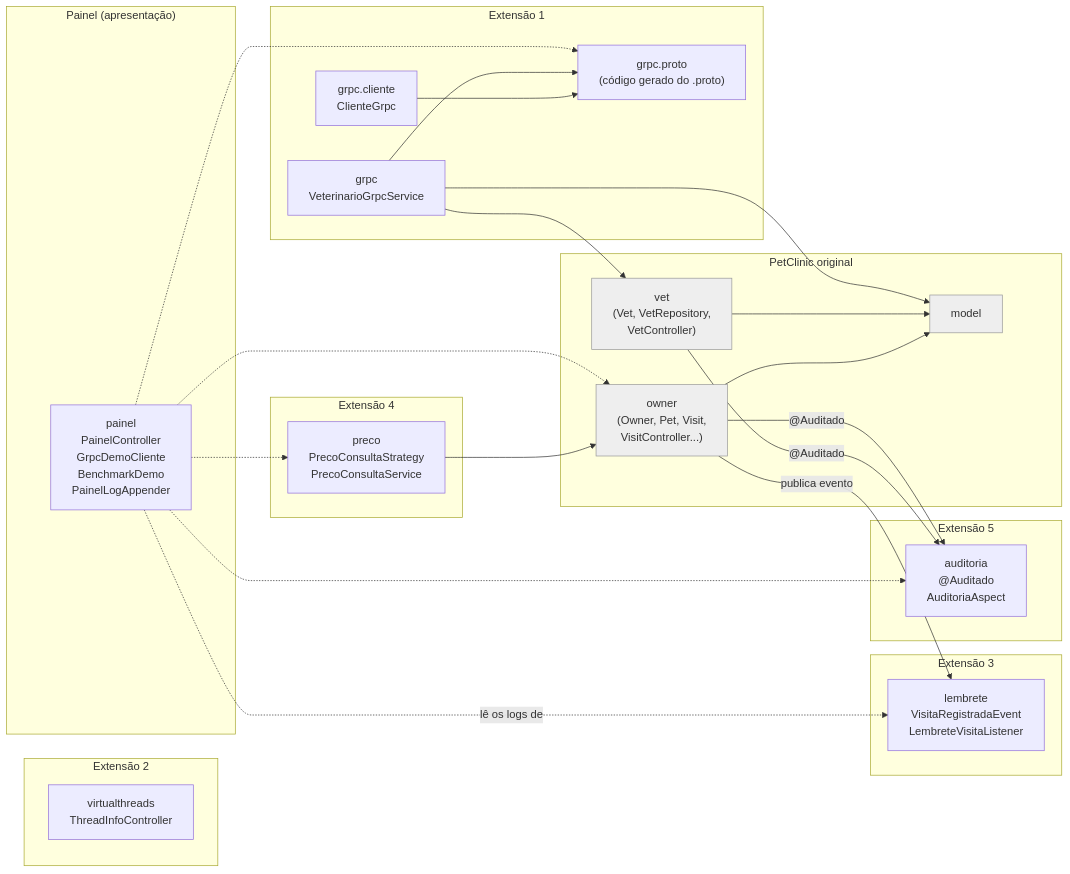
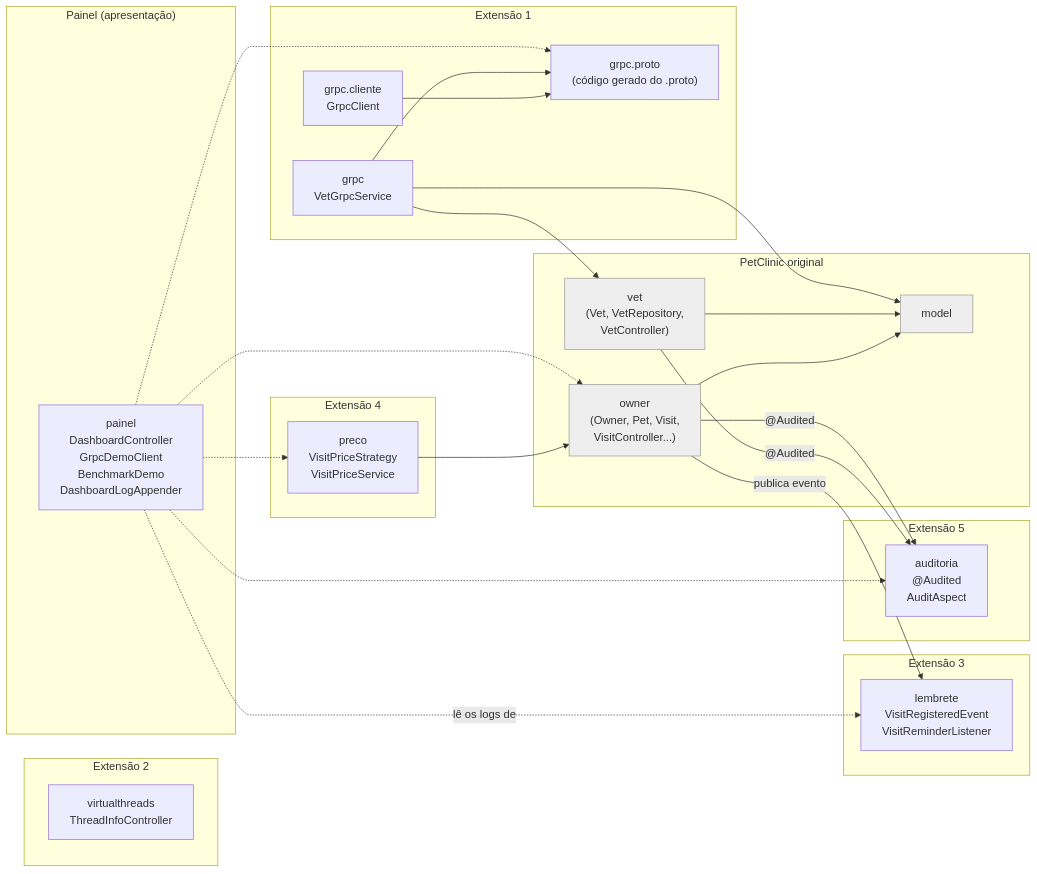
One commit to GabrielKayran/spring-petclinic changed the first of 8 diagrams in ESTUDO-DE-CASO.md. Above: the diagram before and after it, drawn with Mermaid. The commit also changed other lines of this file and 115 other files, not shown here.

````diff
--- a/ESTUDO-DE-CASO.md
+++ b/ESTUDO-DE-CASO.md
@@ -73,48 +73,48 @@
 ```mermaid
 flowchart LR
     subgraph original["PetClinic original"]
         owner["owner<br/>(Owner, Pet, Visit,<br/>VisitController...)"]
         vet["vet<br/>(Vet, VetRepository,<br/>VetController)"]
         model["model"]
     end
 
     subgraph ext1["Extensão 1"]
-        grpc["grpc<br/>VeterinarioGrpcService"]
+        grpc["grpc<br/>VetGrpcService"]
         grpcproto["grpc.proto<br/>(código gerado do .proto)"]
-        grpccli["grpc.cliente<br/>ClienteGrpc"]
+        grpccli["grpc.cliente<br/>GrpcClient"]
     end
     subgraph ext2["Extensão 2"]
         vt["virtualthreads<br/>ThreadInfoController"]
     end
     subgraph ext3["Extensão 3"]
-        lembrete["lembrete<br/>VisitaRegistradaEvent<br/>LembreteVisitaListener"]
+        lembrete["lembrete<br/>VisitRegisteredEvent<br/>VisitReminderListener"]
     end
     subgraph ext4["Extensão 4"]
-        preco["preco<br/>PrecoConsultaStrategy<br/>PrecoConsultaService"]
+        preco["preco<br/>VisitPriceStrategy<br/>VisitPriceService"]
     end
     subgraph ext5["Extensão 5"]
-        auditoria["auditoria<br/>@Auditado<br/>AuditoriaAspect"]
+        auditoria["auditoria<br/>@Audited<br/>AuditAspect"]
     end
     subgraph vitrine["Painel (apresentação)"]
-        painel["painel<br/>PainelController<br/>GrpcDemoCliente<br/>BenchmarkDemo<br/>PainelLogAppender"]
+        painel["painel<br/>DashboardController<br/>GrpcDemoClient<br/>BenchmarkDemo<br/>DashboardLogAppender"]
     end
 
     painel -.-> grpcproto
     painel -.-> preco
     painel -.-> auditoria
     painel -.-> owner
     painel -. "lê os logs de" .-> lembrete
     grpc --> grpcproto
     grpc --> vet
     grpc --> model
     grpccli --> grpcproto
     owner -- "publica evento" --> lembrete
     preco --> owner
-    owner -- "@Auditado" --> auditoria
-    vet -- "@Auditado" --> auditoria
+    owner -- "@Audited" --> auditoria
+    vet -- "@Audited" --> auditoria
     vet --> model
     owner --> model
 
     classDef orig fill:#eee,stroke:#999,color:#333;
     class owner,vet,model orig;
 ```
````
